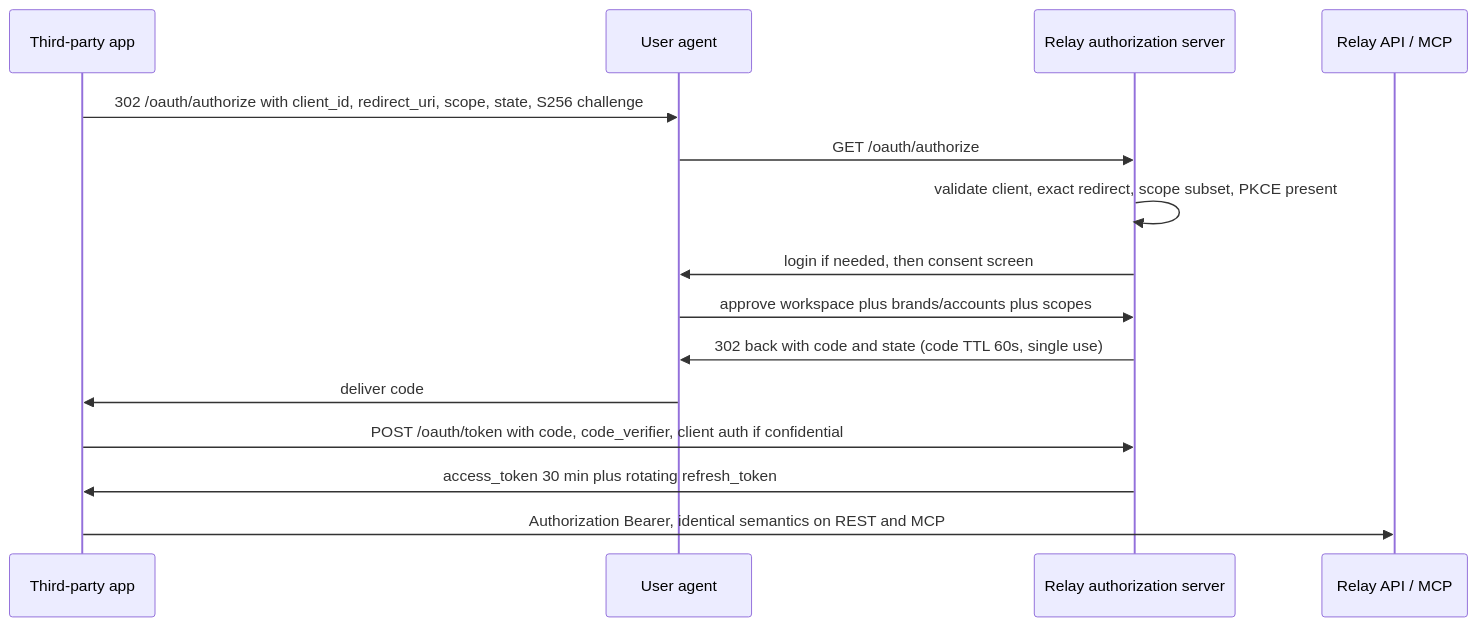
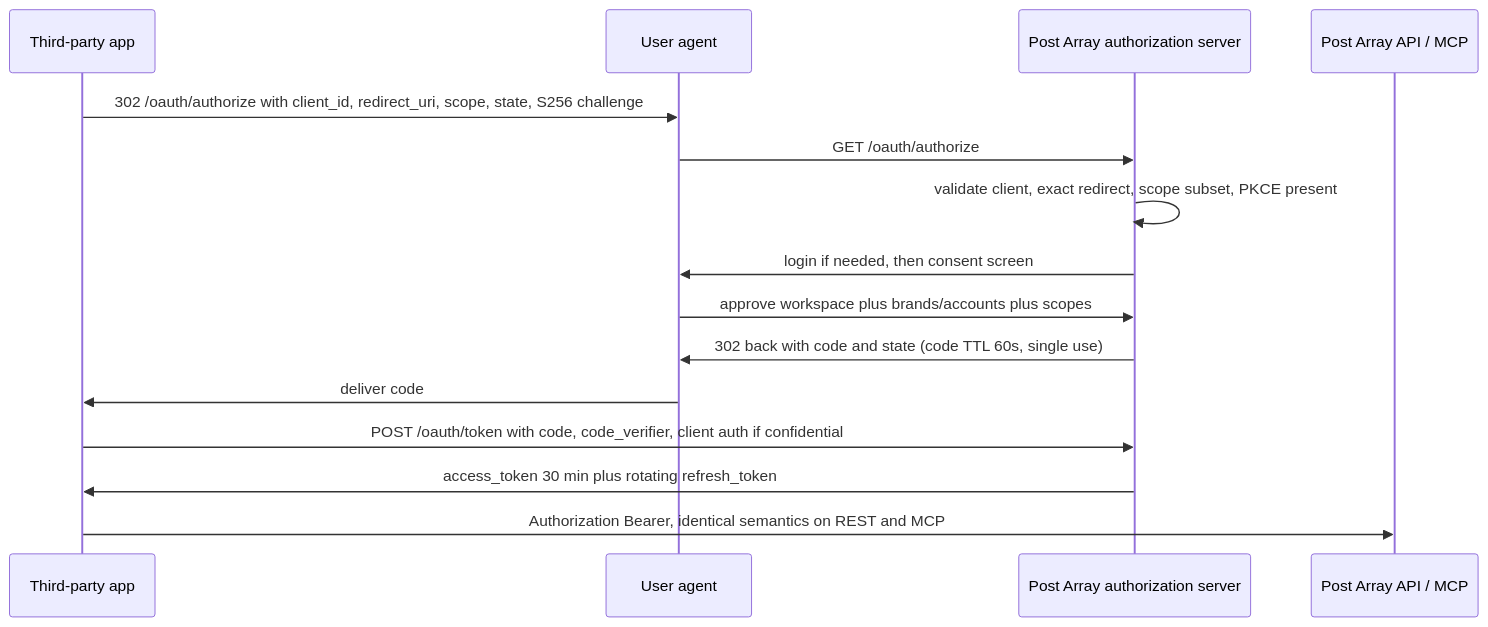
Before and after one commit to VinD22/postarray: the second of 3 diagrams in docs/planning/04-auth-oauth-and-security.md, drawn with Mermaid. The commit also changed other lines of this file and 59 other files, not shown here.

````diff
--- a/docs/planning/04-auth-oauth-and-security.md
+++ b/docs/planning/04-auth-oauth-and-security.md
@@ -512,17 +512,17 @@
 ```mermaid
 sequenceDiagram
   participant App as Third-party app
   participant UA as User agent
-  participant AS as Relay authorization server
-  participant RS as Relay API / MCP
+  participant AS as Post Array authorization server
+  participant RS as Post Array API / MCP
   App->>UA: 302 /oauth/authorize with client_id, redirect_uri, scope, state, S256 challenge
   UA->>AS: GET /oauth/authorize
   AS->>AS: validate client, exact redirect, scope subset, PKCE present
   AS->>UA: login if needed, then consent screen
   UA->>AS: approve workspace plus brands/accounts plus scopes
   AS->>UA: 302 back with code and state (code TTL 60s, single use)
   UA->>App: deliver code
   App->>AS: POST /oauth/token with code, code_verifier, client auth if confidential
   AS->>App: access_token 30 min plus rotating refresh_token
   App->>RS: Authorization Bearer, identical semantics on REST and MCP
 ```
````
